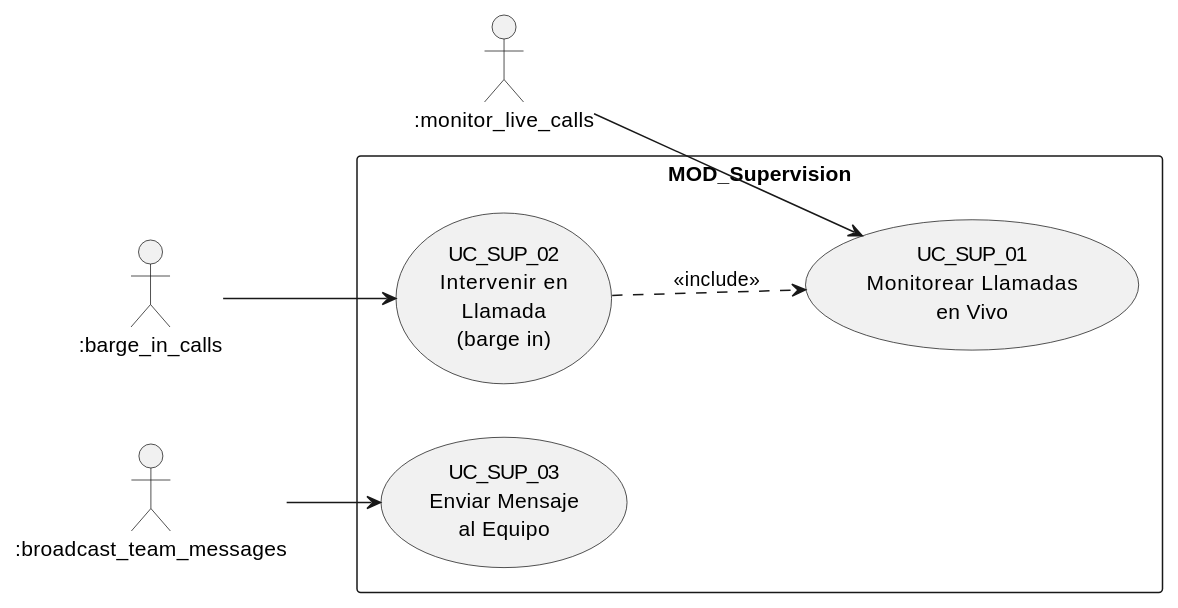
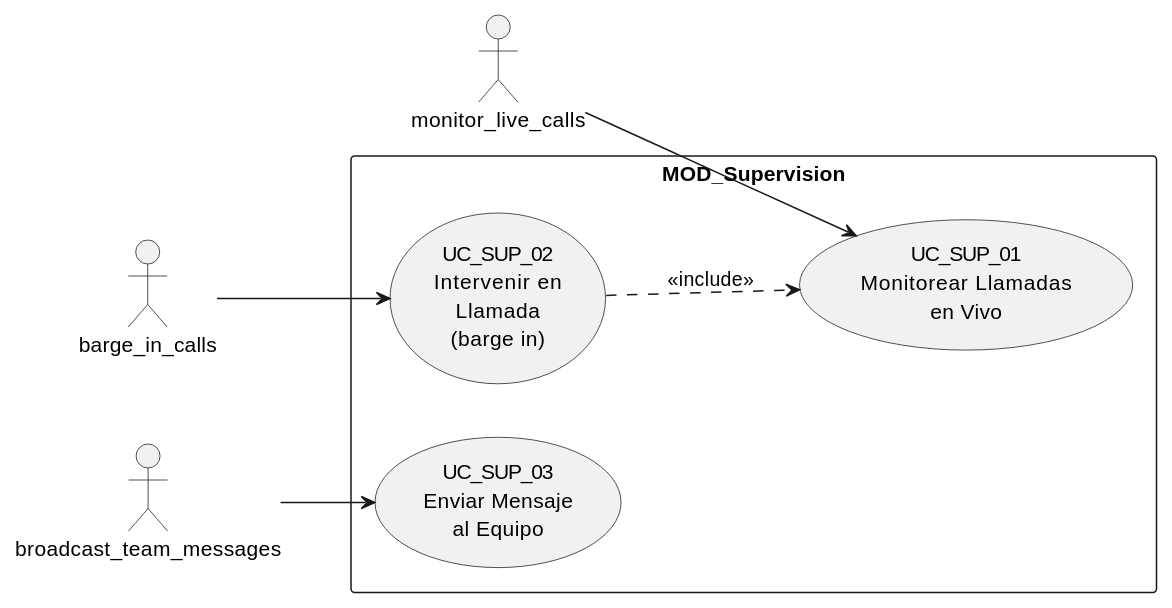
Before and after one commit to jcg-admin/IACT-docs: diagram 11 of 13 in source/arquitectura-tecnica/diagramas-uc-por-modulo.rst, drawn with PlantUML. The commit also changed other lines of this file and 157 other files, not shown here.

First line of the commit message:
Enforce catalog function names across all diagrams

```diff
--- a/source/arquitectura-tecnica/diagramas-uc-por-modulo.rst
+++ b/source/arquitectura-tecnica/diagramas-uc-por-modulo.rst
@@ -504,23 +498,23 @@
 .. uml::
  :caption: Figura 26 — MOD_Supervision: casos de uso
 
  @startuml
  left to right direction
 
- actor ":monitor_live_calls" as MLC
- actor ":barge_in_calls" as BIC
- actor ":broadcast_team_messages" as BTM
+ actor "monitor_live_calls" as MLC
+ actor "barge_in_calls" as BIC
+ actor "broadcast_team_messages" as BTM
 
  rectangle "MOD_Supervision" {
    usecase "UC_SUP_01\nMonitorear Llamadas\nen Vivo" as S01
    usecase "UC_SUP_02\nIntervenir en\nLlamada\n(barge in)" as S02
    usecase "UC_SUP_03\nEnviar Mensaje\nal Equipo" as S03
  }
 
  MLC --> S01
  BIC --> S02
  BTM --> S03
 
  S02 ..> S01 : <<include>>
 
  @enduml
```
